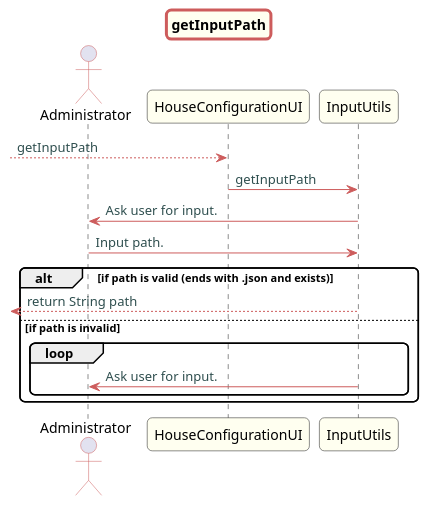
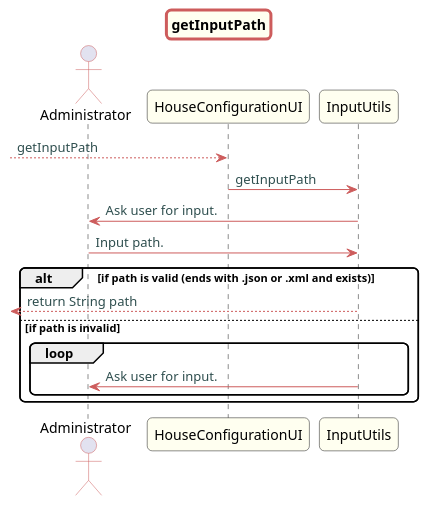
Before and after one commit to Almadanmp/project: the diagram in src/doc/Controllers/HouseConfiguration/US15/getInputPath_sd_HouseConfiguration.puml, drawn with PlantUML. The commit also changed 11 other files, not shown here.

```diff
--- a/src/doc/Controllers/HouseConfiguration/US15/getInputPath_sd_HouseConfiguration.puml
+++ b/src/doc/Controllers/HouseConfiguration/US15/getInputPath_sd_HouseConfiguration.puml
@@ -1,42 +1,42 @@
 @startuml
 
 title getInputPath
 
 skinparam titleBorderRoundCorner 10
 skinparam titleBorderThickness 3
 skinparam titleBorderColor indianred
 skinparam titleBackgroundColor ivory
 skinparam FontName quicksand
 
 skinparam actor {
   BorderColor indianred
   }
 
 skinparam sequence {
   LifeLineBackgroundColor indianred
   ParticipantBackgroundColor ivory
 }
 
 skinparam roundcorner 10
 
 skinparam component {
   arrowThickness 1
   ArrowFontName Verdana
   ArrowColor indianred
   ArrowFontColor darkslategrey
 }
 
 actor Administrator
 
 --> HouseConfigurationUI: getInputPath
 HouseConfigurationUI -> InputUtils: getInputPath
 InputUtils -> Administrator: Ask user for input.
 Administrator -> InputUtils: Input path.
-alt if path is valid (ends with .json and exists)
+alt if path is valid (ends with .json or .xml and exists)
 <-- InputUtils: return String path
 else if path is invalid
 loop
 InputUtils -> Administrator: Ask user for input.
 end loop
 end
 @enduml
```
